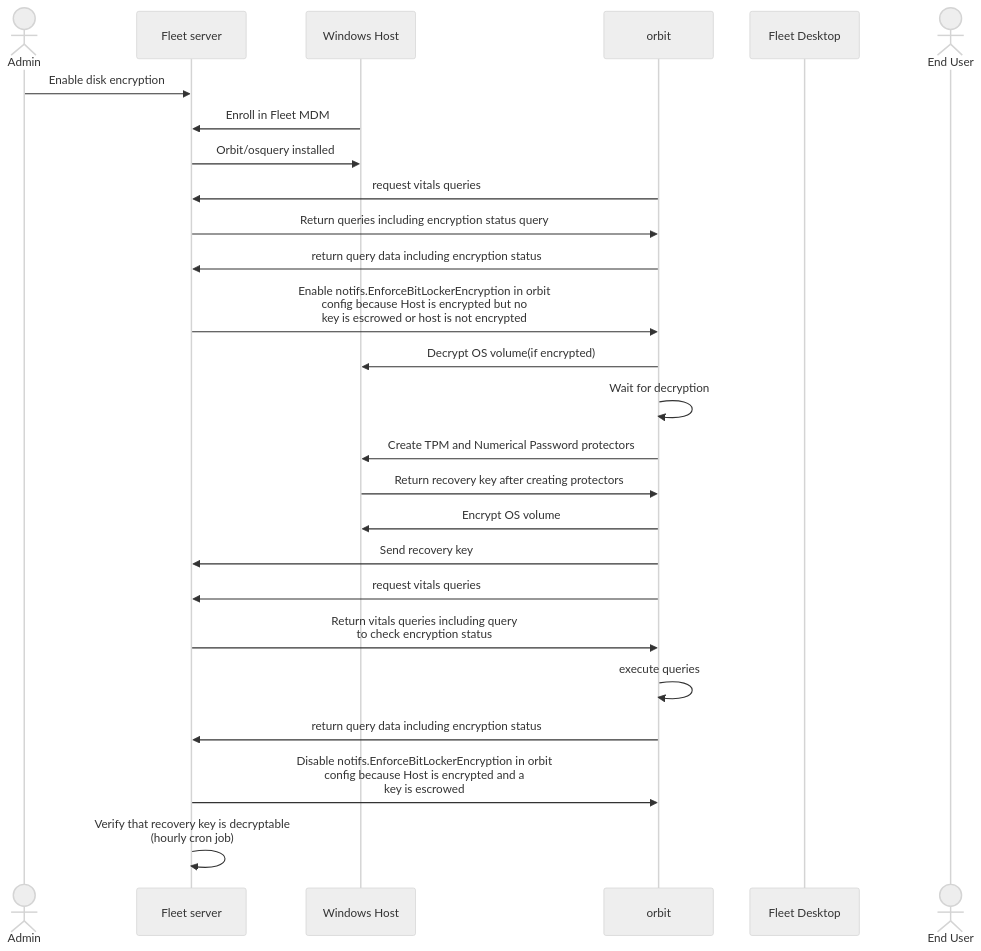
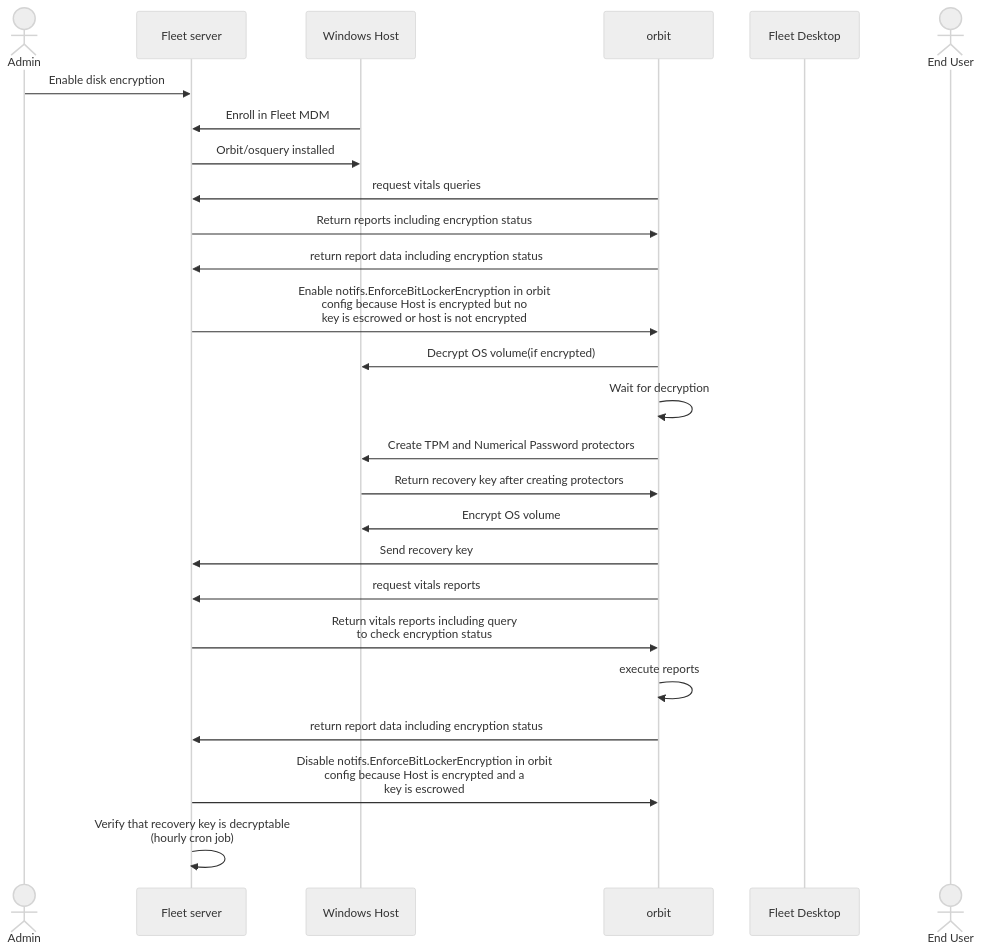
The third of 4 diagrams in docs/Contributing/architecture/mdm/disk-encryption.md (fleetdm/fleet), drawn with Mermaid (neutral theme) before and after one commit. The commit also changed other lines of this file and 66 other files, not shown here.

````diff
--- a/docs/Contributing/architecture/mdm/disk-encryption.md
+++ b/docs/Contributing/architecture/mdm/disk-encryption.md
@@ -126,28 +126,28 @@
 ```mermaid
 sequenceDiagram
         actor Admin
         participant fleet as Fleet server
         participant host as Windows Host
         participant fleetd as orbit
         participant desktop as Fleet Desktop
         actor user as End User
         Admin->>fleet: Enable disk encryption
         host->>fleet: Enroll in Fleet MDM
         fleet->>host: Orbit/osquery installed
         fleetd->>fleet: request vitals queries
-        fleet->>fleetd: Return queries including encryption status query
-        fleetd->>fleet: return query data including encryption status
+        fleet->>fleetd: Return reports including encryption status
+        fleetd->>fleet: return report data including encryption status
         fleet->>fleetd: Enable notifs.EnforceBitLockerEncryption in orbit<br>config because Host is encrypted but no<br>key is escrowed or host is not encrypted
         fleetd->>host: Decrypt OS volume(if encrypted)
         fleetd->>fleetd: Wait for decryption
         fleetd->>host: Create TPM and Numerical Password protectors
         host->>fleetd: Return recovery key after creating protectors
         fleetd->>host: Encrypt OS volume
         fleetd->>fleet: Send recovery key
-        fleetd->>fleet: request vitals queries
-        fleet->>fleetd: Return vitals queries including query<br>to check encryption status
-        fleetd->>fleetd: execute queries
-        fleetd->>fleet: return query data including encryption status
+        fleetd->>fleet: request vitals reports
+        fleet->>fleetd: Return vitals reports including query<br>to check encryption status
+        fleetd->>fleetd: execute reports
+        fleetd->>fleet: return report data including encryption status
         fleet->>fleetd: Disable notifs.EnforceBitLockerEncryption in orbit<br>config because Host is encrypted and a<br>key is escrowed
         fleet->>fleet: Verify that recovery key is decryptable<br>(hourly cron job)
 ```
````
